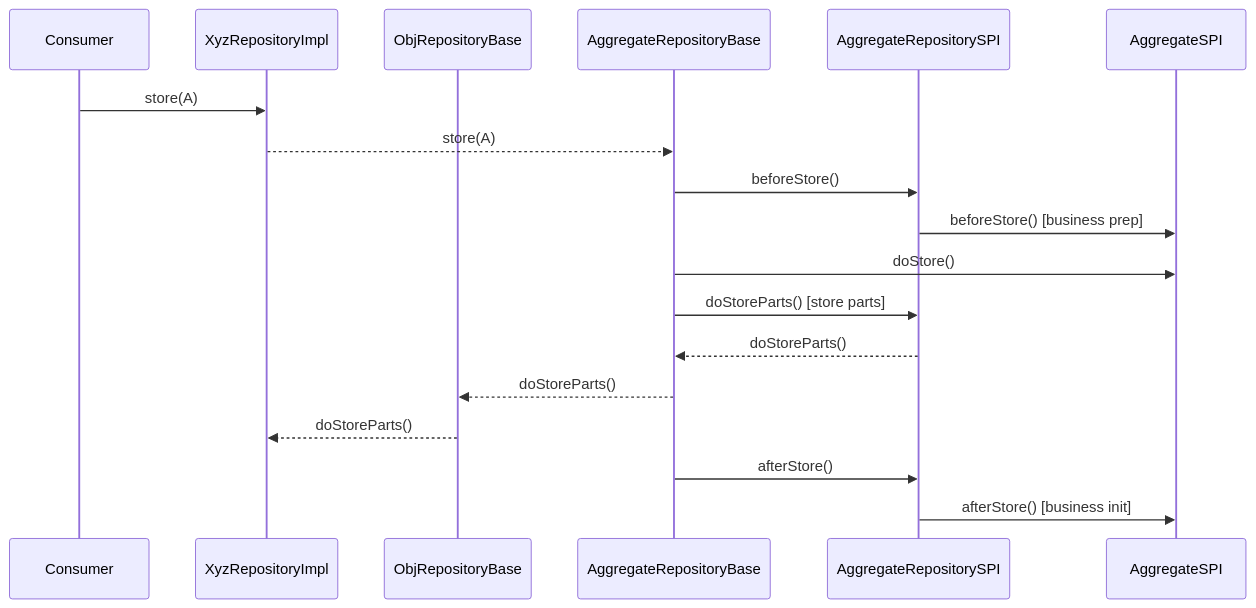
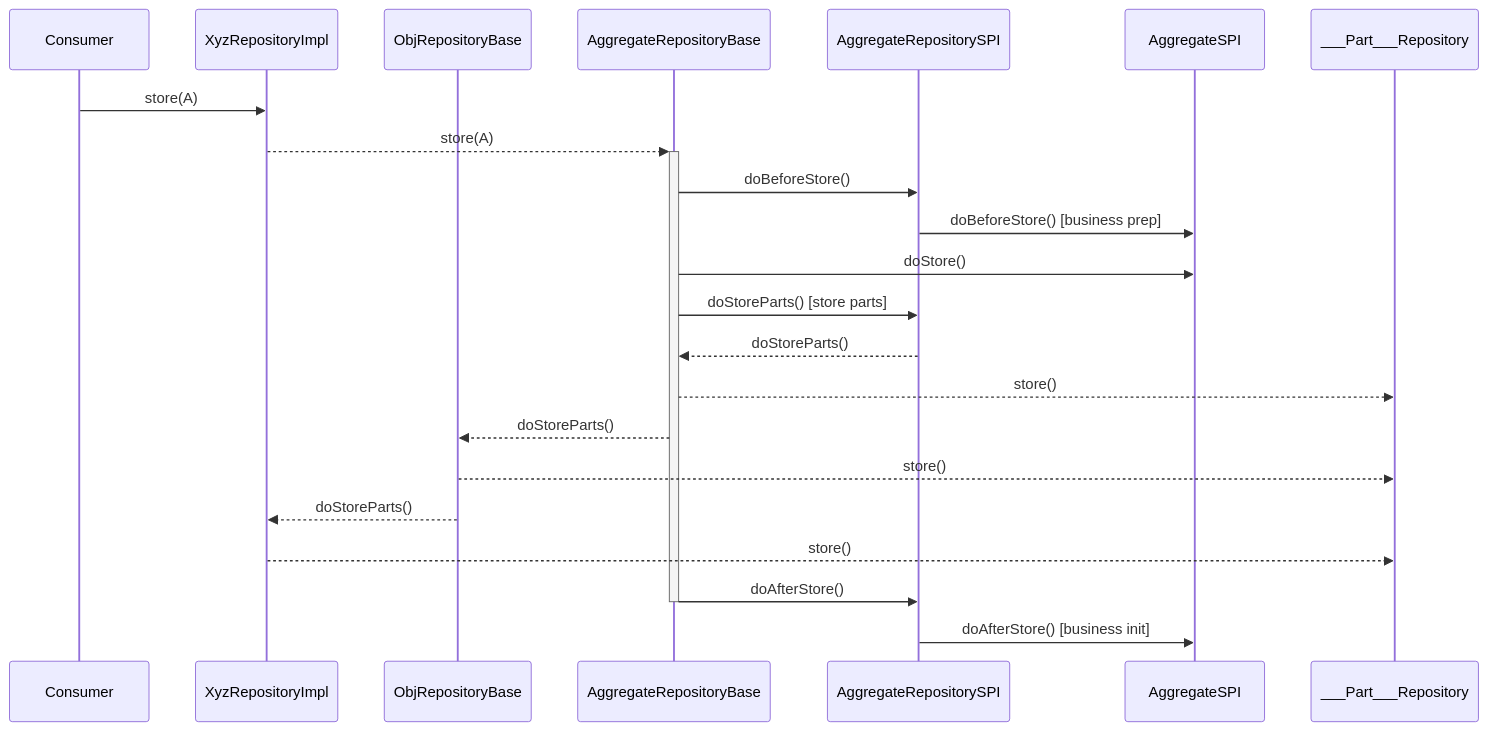
Before and after one commit to zeitwert/fm-server: the third of 4 diagrams in docs/DDD.md, drawn with Mermaid. The commit also changed other lines of this file and 57 other files, not shown here.

Commit message:
SPI callbacks doXyz, property.doBeforeStore

````diff
--- a/docs/DDD.md
+++ b/docs/DDD.md
@@ -59,20 +75,24 @@
 ```mermaid
 sequenceDiagram
 	participant C as Consumer
 	participant ER as XyzRepositoryImpl
 	participant OR as ObjRepositoryBase
 	participant AR as AggregateRepositoryBase
 	participant ARS as AggregateRepositorySPI
 	participant A as AggregateSPI
+	participant PR as ___Part___Repository
 	C->>ER: store(A)
-	ER-->>AR: store(A)
-	AR->>ARS: beforeStore()
-	ARS->>A: beforeStore() [business prep]
+	ER-->>+AR: store(A)
+	AR->>ARS: doBeforeStore()
+	ARS->>A: doBeforeStore() [business prep]
 	AR->>A: doStore()
 	AR->>ARS: doStoreParts() [store parts]
 	ARS-->>AR: doStoreParts()
+	AR-->>PR: store()
 	AR-->>OR: doStoreParts()
+	OR-->>PR: store()
 	OR-->>ER: doStoreParts()
-	AR->>ARS: afterStore()
-	ARS->>A: afterStore() [business init]
+	ER-->>PR: store()
+	AR->>-ARS: doAfterStore()
+	ARS->>A: doAfterStore() [business init]
 ```
````
